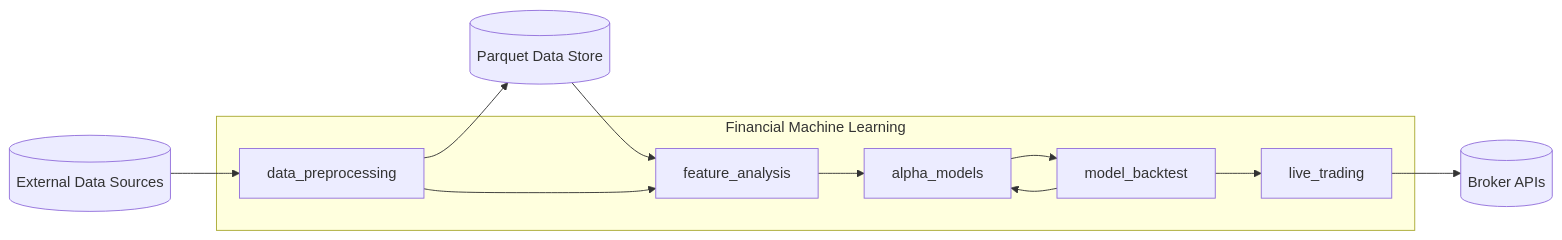
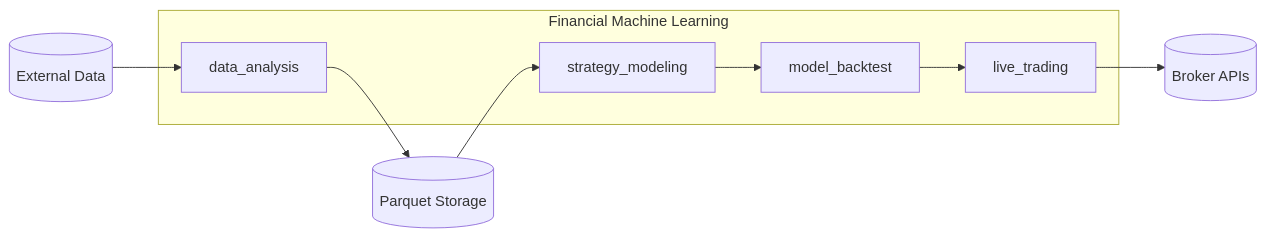
Before and after one commit to kwonjunhyuk9/financial-machine-learning: the second of 6 diagrams in docs/architecture.md, drawn with Mermaid. The commit also changed other lines of this file and 4 other files, not shown here.

Commit message:
Updated project architecture docs

````diff
--- a/docs/architecture.md
+++ b/docs/architecture.md
@@ -39,24 +37,20 @@
 ```mermaid
 flowchart LR
-    ext[(External Data Sources)]
+    ext[(External Data)]
     broker[(Broker APIs)]
-    parquet[(Parquet Data Store)]
+    parquet[(Parquet Storage)]
 
     subgraph system[Financial Machine Learning]
-        dp[data_preprocessing]
-        feat[feature_analysis]
-        alpha[alpha_models]
-        backtest[model_backtest]
-        live[live_trading]
+        da[data_analysis]
+        sm[strategy_modeling]
+        bt[model_backtest]
+        lt[live_trading]
     end
 
-    ext --> dp
-    dp --> parquet
-    parquet --> feat
-    dp --> feat
-    feat --> alpha
-    alpha --> backtest
-    backtest --> alpha
-    backtest --> live
-    live --> broker
+    ext --> da
+    da --> parquet
+    parquet --> sm
+    sm --> bt
+    bt --> lt
+    lt --> broker
 ```
````
